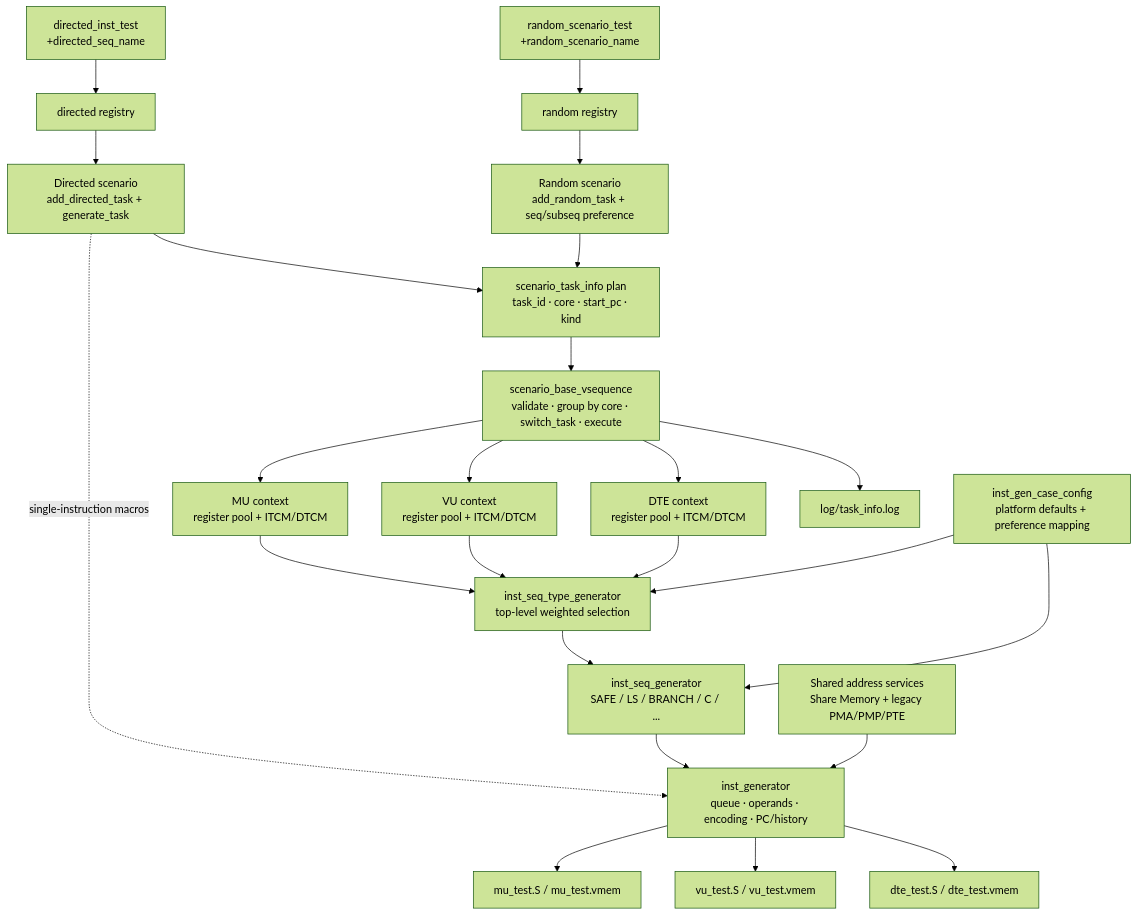
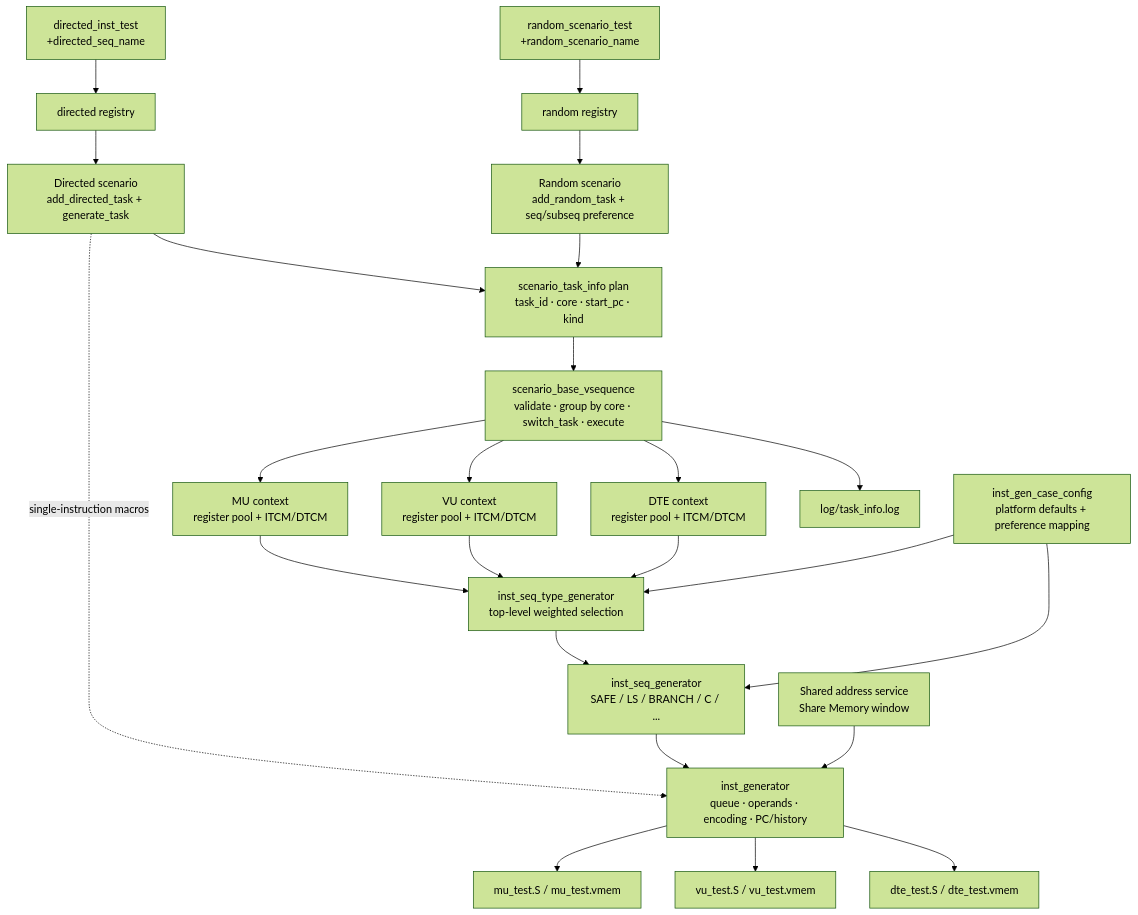
One commit to perfechpitch/dv_bachcore changed the diagram in st/pre_sim/generator/inst_generator/docs/context/architecture.md. Above: the diagram before and after it, drawn with Mermaid (forest theme). The commit also changed 45 other files, not shown here.

Commit message:
refactor(inst-generator): migrate fetch faults and retire legacy address space

````diff
--- a/st/pre_sim/generator/inst_generator/docs/context/architecture.md
+++ b/st/pre_sim/generator/inst_generator/docs/context/architecture.md
@@ -11,30 +11,30 @@
 ```mermaid
 flowchart TB
     DTEST[directed_inst_test<br/>+directed_seq_name] --> DREG[directed registry]
     RTEST[random_scenario_test<br/>+random_scenario_name] --> RREG[random registry]
 
     DREG --> DSC[Directed scenario<br/>add_directed_task + generate_task]
     RREG --> RSC[Random scenario<br/>add_random_task + seq/subseq preference]
     DSC --> PLAN[scenario_task_info plan<br/>task_id · core · start_pc · kind]
     RSC --> PLAN
 
     PLAN --> EXEC[scenario_base_vsequence<br/>validate · group by core · switch_task · execute]
     EXEC --> MU[MU context<br/>register pool + ITCM/DTCM]
     EXEC --> VU[VU context<br/>register pool + ITCM/DTCM]
     EXEC --> DTE[DTE context<br/>register pool + ITCM/DTCM]
 
     MU --> SEQTYPE[inst_seq_type_generator<br/>top-level weighted selection]
     VU --> SEQTYPE
     DTE --> SEQTYPE
     SEQTYPE --> SEQGEN[inst_seq_generator<br/>SAFE / LS / BRANCH / C / ...]
     DSC -. single-instruction macros .-> INSTGEN
     SEQGEN --> INSTGEN[inst_generator<br/>queue · operands · encoding · PC/history]
     CFG[inst_gen_case_config<br/>platform defaults + preference mapping] --> SEQTYPE
     CFG --> SEQGEN
-    SHARE[Shared address services<br/>Share Memory + legacy PMA/PMP/PTE] --> INSTGEN
+    SHARE[Shared address service<br/>Share Memory window] --> INSTGEN
 
     INSTGEN --> MUOUT[mu_test.S / mu_test.vmem]
     INSTGEN --> VUOUT[vu_test.S / vu_test.vmem]
     INSTGEN --> DTEOUT[dte_test.S / dte_test.vmem]
     EXEC --> TASKLOG[log/task_info.log]
 ```
````
